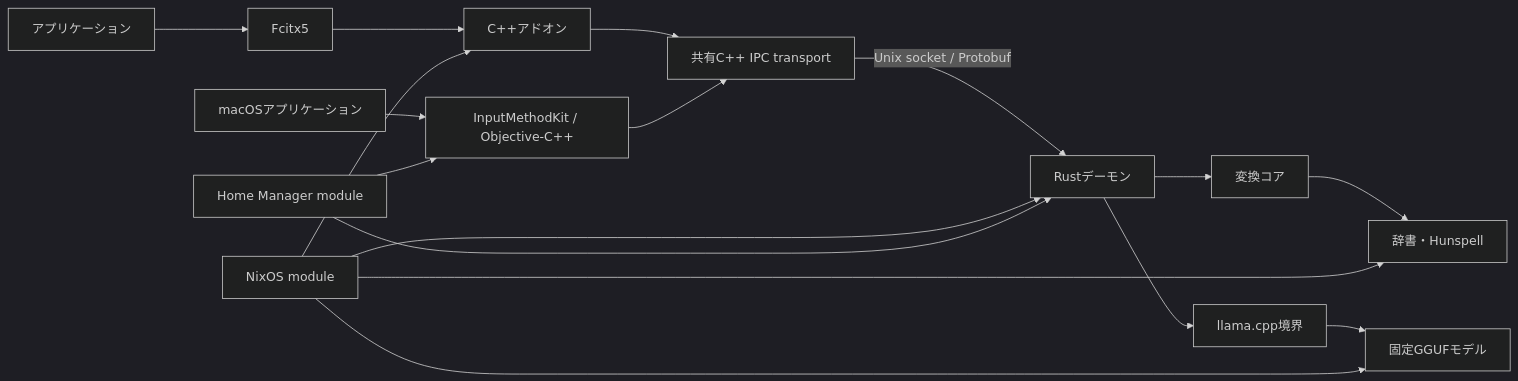
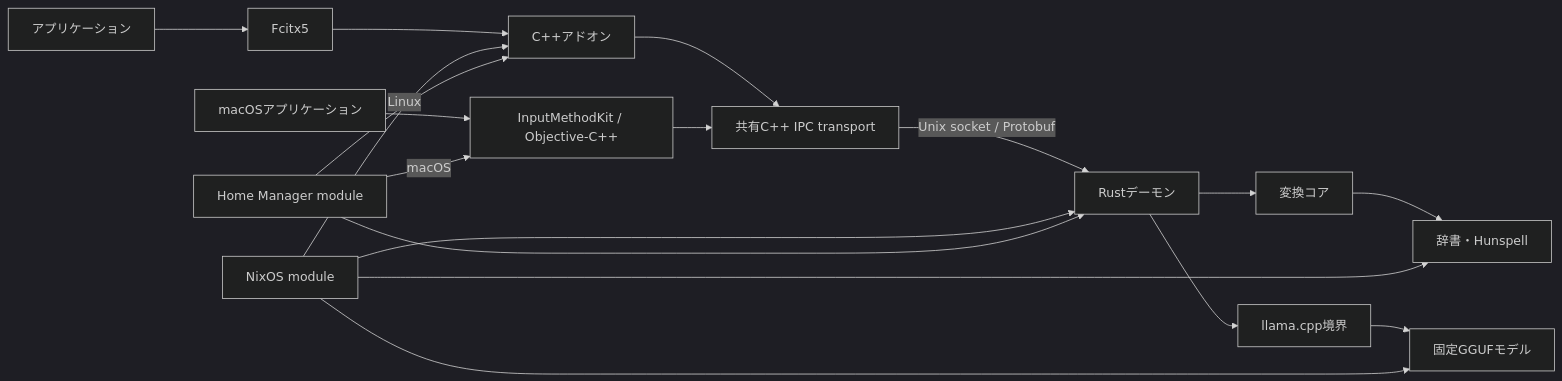
The diagram in docs/architecture.md (ph0ryn/beanKey), drawn with Mermaid (dark theme) before and after one commit. The commit also changed other lines of this file and 15 other files, not shown here.

First line of the commit message:
feat(nix): support Home Manager on Linux and macOS

````diff
--- a/docs/architecture.md
+++ b/docs/architecture.md
@@ -9,19 +9,20 @@
 ```mermaid
 flowchart LR
     app["アプリケーション"] --> fcitx["Fcitx5"]
     fcitx --> addon["C++アドオン"]
     macApp["macOSアプリケーション"] --> imk["InputMethodKit / Objective-C++"]
     addon --> transport["共有C++ IPC transport"]
     imk --> transport
     transport -->|"Unix socket / Protobuf"| daemon["Rustデーモン"]
     daemon --> converter["変換コア"]
     daemon --> llama["llama.cpp境界"]
     converter --> dictionary["辞書・Hunspell"]
     llama --> model["固定GGUFモデル"]
     nix["NixOS module"] --> addon
     nix --> daemon
     nix --> dictionary
     nix --> model
-    home["Home Manager module"] --> imk
+    home["Home Manager module"] -->|"macOS"| imk
+    home -->|"Linux"| addon
     home --> daemon
 ```
````
